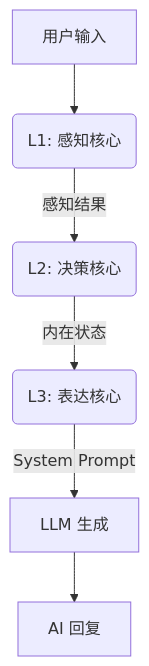
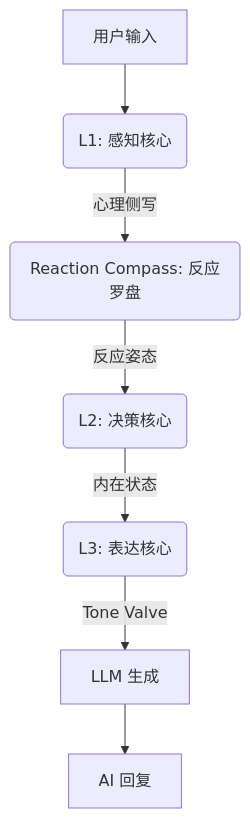
The first of 2 diagrams in README.md (ApolloEddy/AI_Companion), drawn with Mermaid before and after one commit. The commit also changed other lines of this file and 10 other files, not shown here.

Commit message:
feat: 引入 Reaction Compass 系统与 Tone Valve 语气阀门，重构L1感知层以支持高精度心理侧写

````diff
--- a/README.md
+++ b/README.md
@@ -19,8 +19,9 @@
 ```mermaid
 graph TD
     UserInput[用户输入] --> L1(L1: 感知核心)
-    L1 -->|感知结果| L2(L2: 决策核心)
+    L1 -->|心理侧写| Compass(Reaction Compass: 反应罗盘)
+    Compass -->|反应姿态| L2(L2: 决策核心)
     L2 -->|内在状态| L3(L3: 表达核心)
-    L3 -->|System Prompt| LLM[LLM 生成]
+    L3 -->|Tone Valve| LLM[LLM 生成]
     LLM --> Output[AI 回复]
 ```
````
